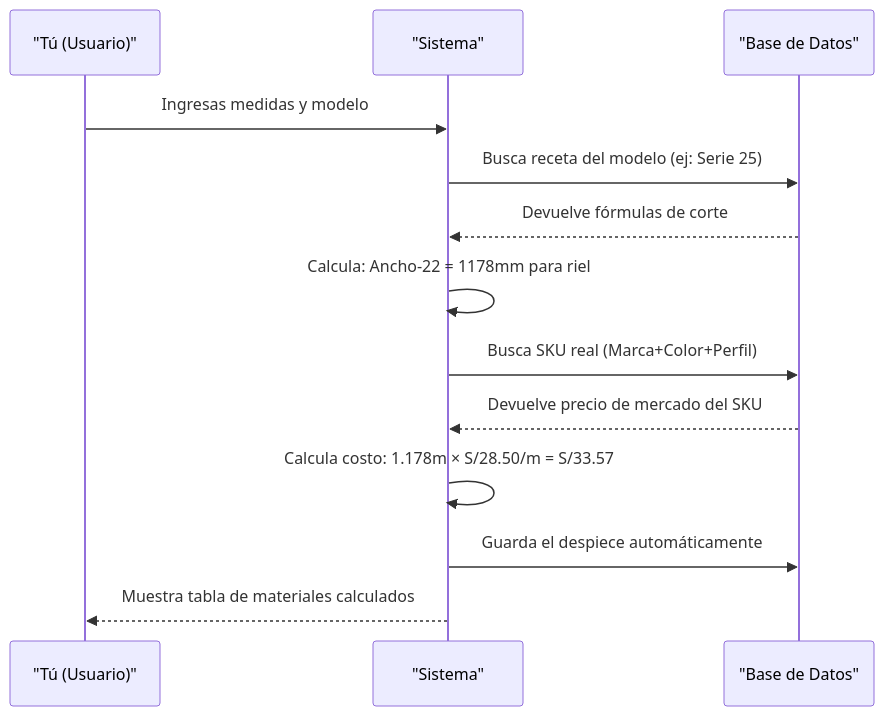
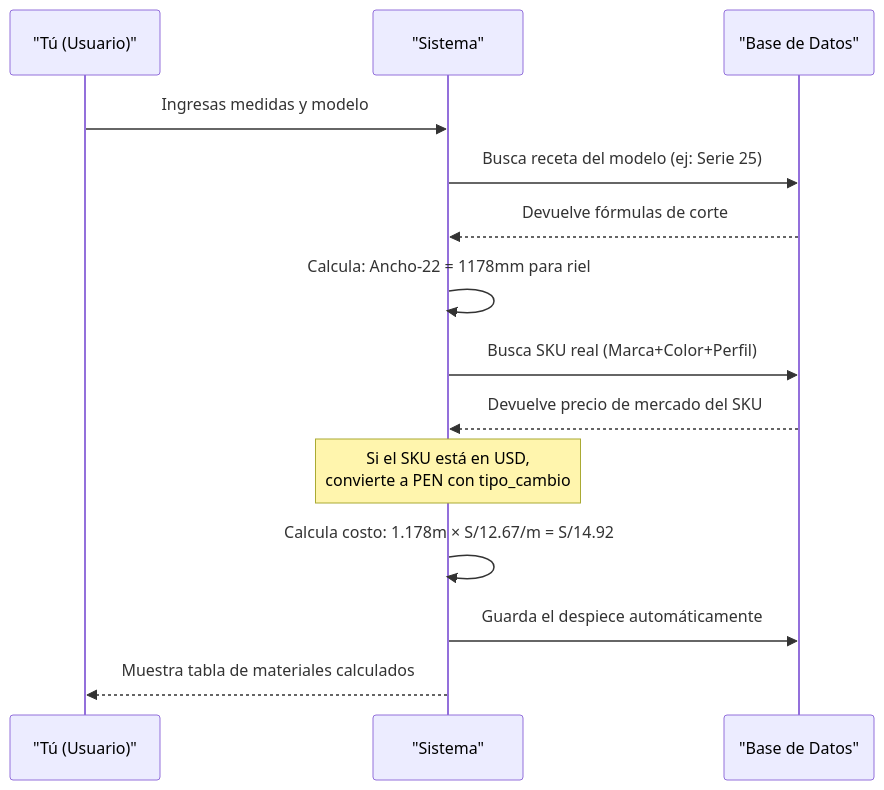
One commit to redentor159/sistema-erp-inventario changed the third of 9 diagrams in docs/tutoriales/T02_TUTORIAL_COTIZACIONES.md. Above: the diagram before and after it, drawn with Mermaid. The commit also changed other lines of this file and 17 other files, not shown here.

````diff
--- a/docs/tutoriales/T02_TUTORIAL_COTIZACIONES.md
+++ b/docs/tutoriales/T02_TUTORIAL_COTIZACIONES.md
@@ -212,16 +223,17 @@
 ```mermaid
 sequenceDiagram
     participant U as "Tú (Usuario)"
     participant SYS as "Sistema"
     participant DB as "Base de Datos"
 
     U->>SYS: Ingresas medidas y modelo
     SYS->>DB: Busca receta del modelo (ej: Serie 25)
     DB-->>SYS: Devuelve fórmulas de corte
     SYS->>SYS: Calcula: Ancho-22 = 1178mm para riel
     SYS->>DB: Busca SKU real (Marca+Color+Perfil)
     DB-->>SYS: Devuelve precio de mercado del SKU
-    SYS->>SYS: Calcula costo: 1.178m × S/28.50/m = S/33.57
+    Note over SYS: Si el SKU está en USD,<br/>convierte a PEN con tipo_cambio
+    SYS->>SYS: Calcula costo: 1.178m × S/12.67/m = S/14.92
     SYS->>DB: Guarda el despiece automáticamente
     SYS-->>U: Muestra tabla de materiales calculados
 ```
````
